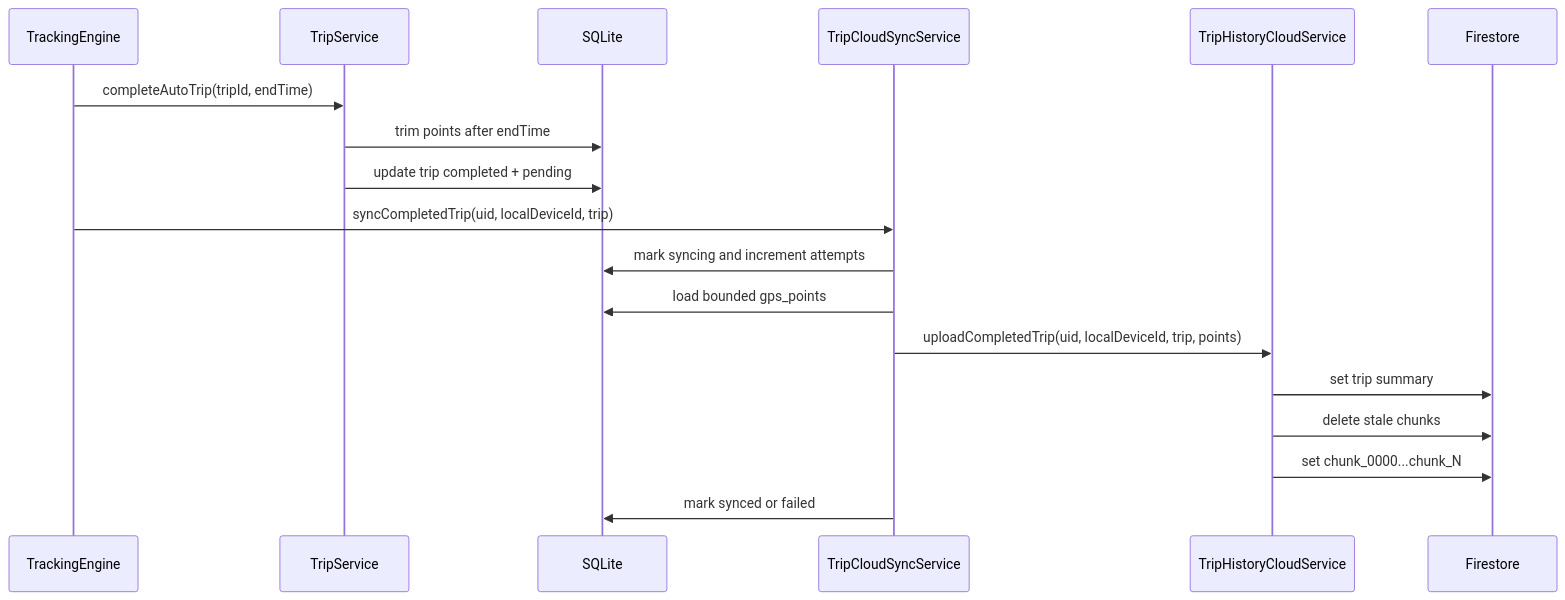
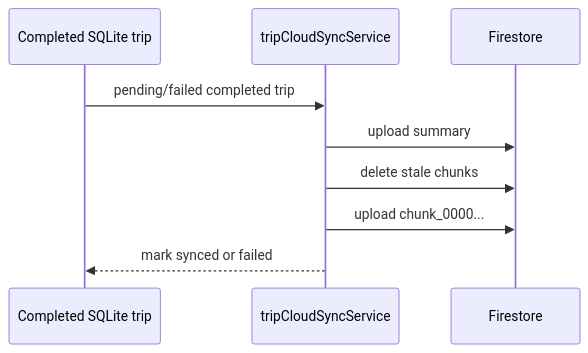
The fourth of 4 diagrams in PROJECT_EXPORT.md (bupbalabup/MMA301), drawn with Mermaid before and after one commit. The commit also changed other lines of this file and 17 other files, not shown here.

````diff
--- a/PROJECT_EXPORT.md
+++ b/PROJECT_EXPORT.md
@@ -2334,21 +223,11 @@
 ```mermaid
 sequenceDiagram
-  participant Engine as TrackingEngine
-  participant TripSvc as TripService
-  participant SQLite
-  participant Sync as TripCloudSyncService
-  participant Cloud as TripHistoryCloudService
-  participant Firestore
-
-  Engine->>TripSvc: completeAutoTrip(tripId, endTime)
-  TripSvc->>SQLite: trim points after endTime
-  TripSvc->>SQLite: update trip completed + pending
-  Engine->>Sync: syncCompletedTrip(uid, localDeviceId, trip)
-  Sync->>SQLite: mark syncing and increment attempts
-  Sync->>SQLite: load bounded gps_points
-  Sync->>Cloud: uploadCompletedTrip(uid, localDeviceId, trip, points)
-  Cloud->>Firestore: set trip summary
-  Cloud->>Firestore: delete stale chunks
-  Cloud->>Firestore: set chunk_0000...chunk_N
-  Sync->>SQLite: mark synced or failed
+  participant Trip as Completed SQLite trip
+  participant Sync as tripCloudSyncService
+  participant Cloud as Firestore
+  Trip->>Sync: pending/failed completed trip
+  Sync->>Cloud: upload summary
+  Sync->>Cloud: delete stale chunks
+  Sync->>Cloud: upload chunk_0000...
+  Sync-->>Trip: mark synced or failed
 ```
````
